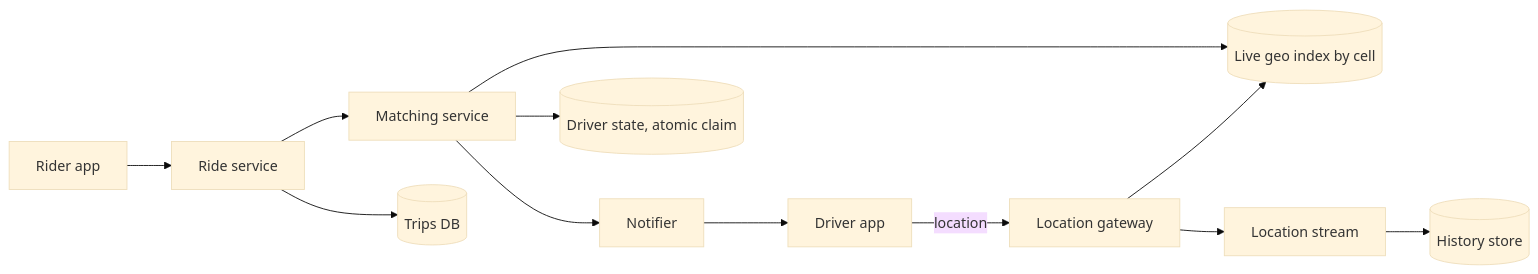
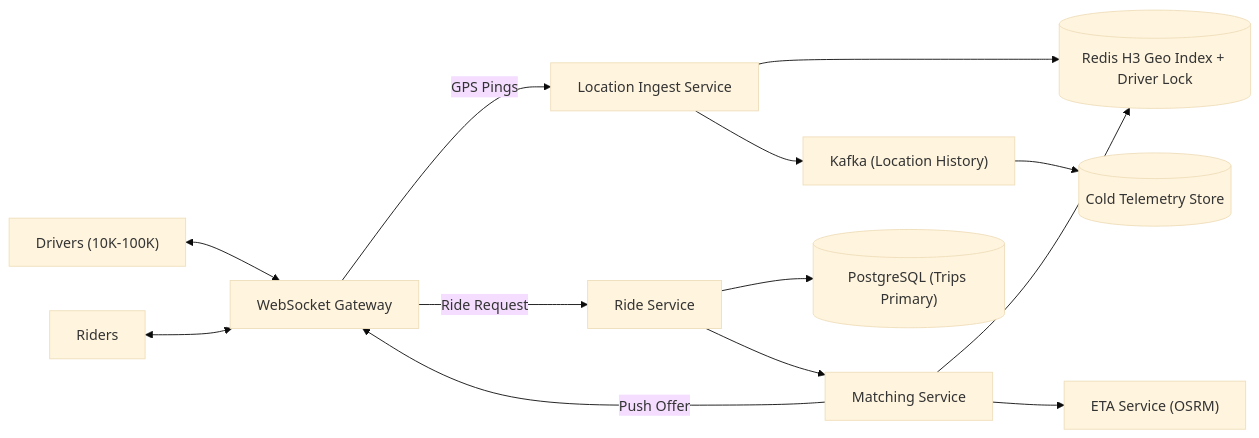
Before and after one commit to TapanKumarBarik/Backend-roadmap: the second of 4 diagrams in content/system-design/22-interview-design-problems/12-ride-hailing-platform/README.md, drawn with Mermaid (base theme). The commit also changed other lines of this file and 37 other files, not shown here.

Commit message:
Upgrade Track 22 (37 interview design problems) with scale-by-scale architecture evolution

````diff
--- a/content/system-design/22-interview-design-problems/12-ride-hailing-platform/README.md
+++ b/content/system-design/22-interview-design-problems/12-ride-hailing-platform/README.md
@@ -107,10 +140,14 @@
 ```mermaid
 flowchart LR
-  D["Driver app"] -- "location" --> LG["Location gateway"] --> LI[("Live geo index by cell")]
-  LG --> LS["Location stream"] --> H[("History store")]
-  R["Rider app"] --> RS["Ride service"]
-  RS --> MM["Matching service"] --> LI
-  MM --> DS[("Driver state, atomic claim")]
-  RS --> T[("Trips DB")]
-  MM --> N["Notifier"] --> D
+  D["Drivers (10K-100K)"] <--> WSG["WebSocket Gateway"]
+  R["Riders"] <--> WSG
+  WSG -- "GPS Pings" --> LOC["Location Ingest Service"]
+  LOC --> REDIS[("Redis H3 Geo Index + Driver Lock")]
+  LOC --> K["Kafka (Location History)"] --> S3[("Cold Telemetry Store")]
+  WSG -- "Ride Request" --> RS["Ride Service"]
+  RS --> PG[("PostgreSQL (Trips Primary)")]
+  RS --> MS["Matching Service"]
+  MS --> REDIS
+  MS --> ETA["ETA Service (OSRM)"]
+  MS -- "Push Offer" --> WSG
 ```
````
